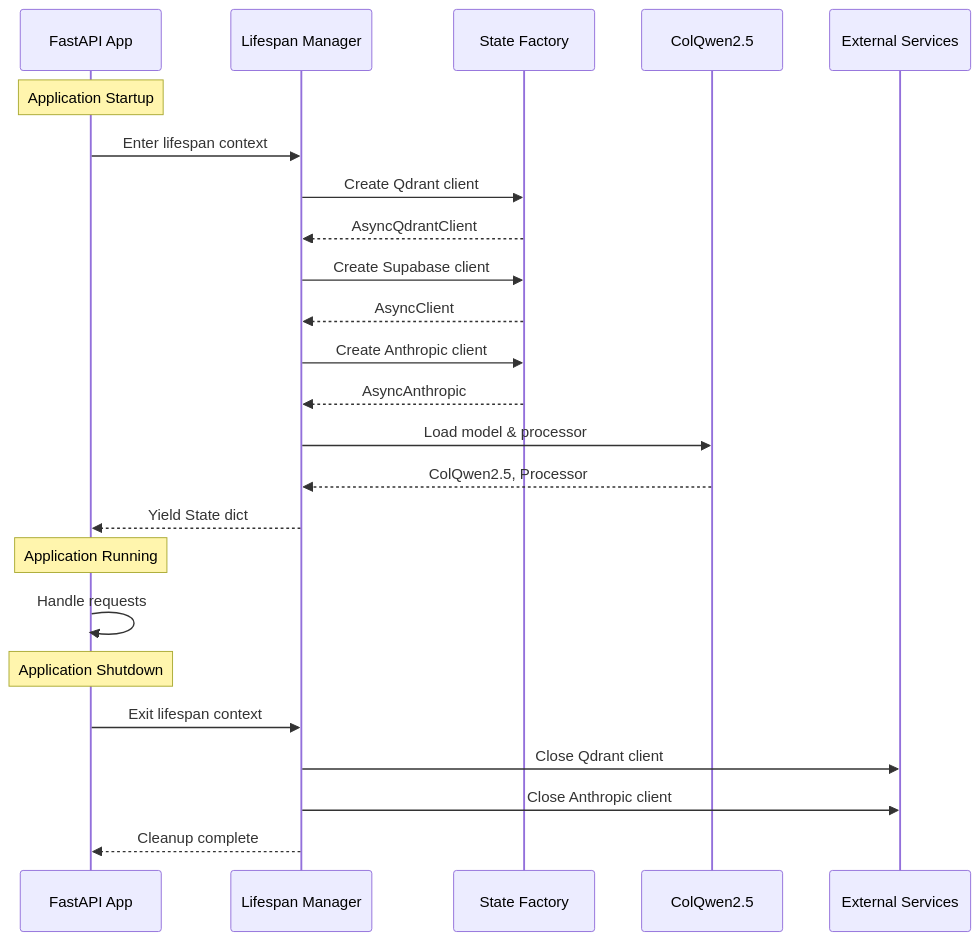
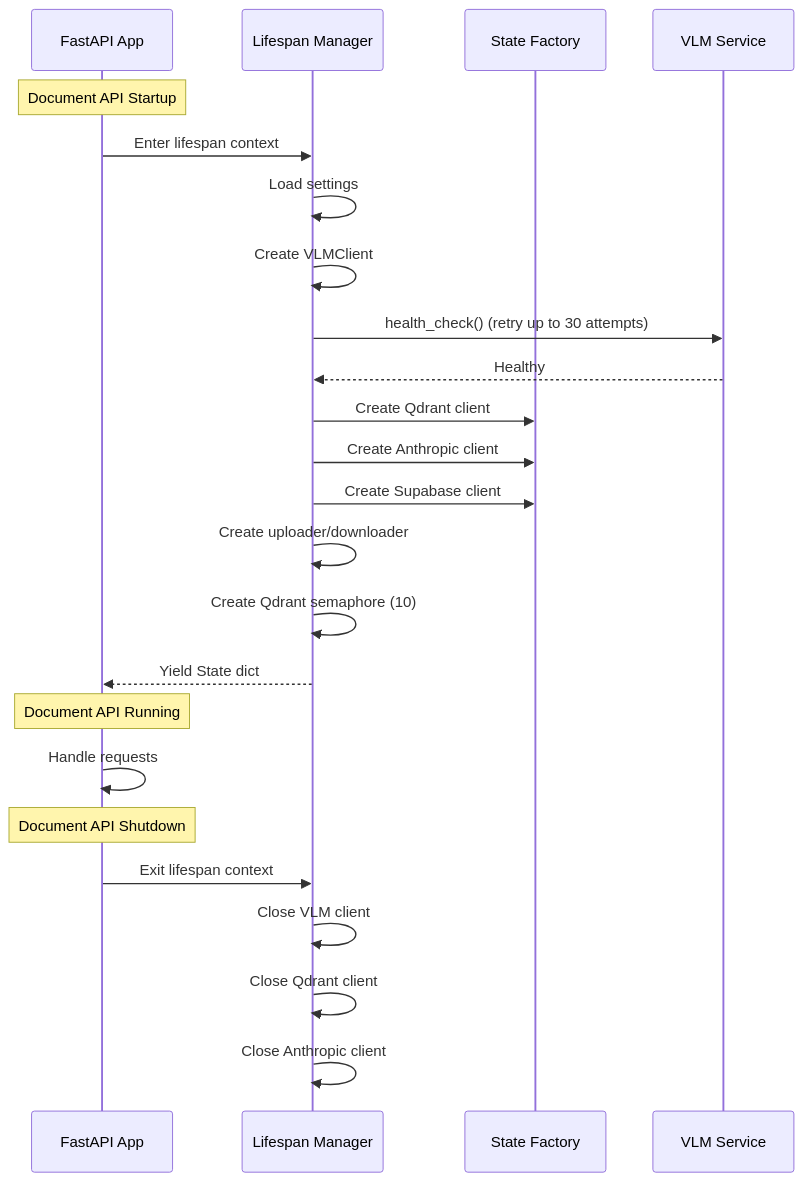
One commit to akosgintl/colpali-rag-app changed the fifth of 6 diagrams in docs/architecture.md. Above: the diagram before and after it, drawn with Mermaid. The commit also changed other lines of this file and 84 other files, not shown here.

Commit message:
refactored to document-api and colpali-vlm projects

````diff
--- a/docs/architecture.md
+++ b/docs/architecture.md
@@ -112,29 +201,29 @@
 ```mermaid
 sequenceDiagram
     participant App as FastAPI App
     participant Life as Lifespan Manager
     participant State as State Factory
-    participant ML as ColQwen2.5
-    participant Ext as External Services
+    participant VLM as VLM Service
 
-    Note over App: Application Startup
+    Note over App: Document API Startup
     App->>Life: Enter lifespan context
+    Life->>Life: Load settings
+    Life->>Life: Create VLMClient
+    Life->>VLM: health_check() (retry up to 30 attempts)
+    VLM-->>Life: Healthy
     Life->>State: Create Qdrant client
-    State-->>Life: AsyncQdrantClient
+    Life->>State: Create Anthropic client
     Life->>State: Create Supabase client
-    State-->>Life: AsyncClient
-    Life->>State: Create Anthropic client
-    State-->>Life: AsyncAnthropic
-    Life->>ML: Load model & processor
-    ML-->>Life: ColQwen2.5, Processor
+    Life->>Life: Create uploader/downloader
+    Life->>Life: Create Qdrant semaphore (10)
     Life-->>App: Yield State dict
 
-    Note over App: Application Running
+    Note over App: Document API Running
     App->>App: Handle requests
 
-    Note over App: Application Shutdown
+    Note over App: Document API Shutdown
     App->>Life: Exit lifespan context
-    Life->>Ext: Close Qdrant client
-    Life->>Ext: Close Anthropic client
-    Life-->>App: Cleanup complete
+    Life->>Life: Close VLM client
+    Life->>Life: Close Qdrant client
+    Life->>Life: Close Anthropic client
 ```
````
